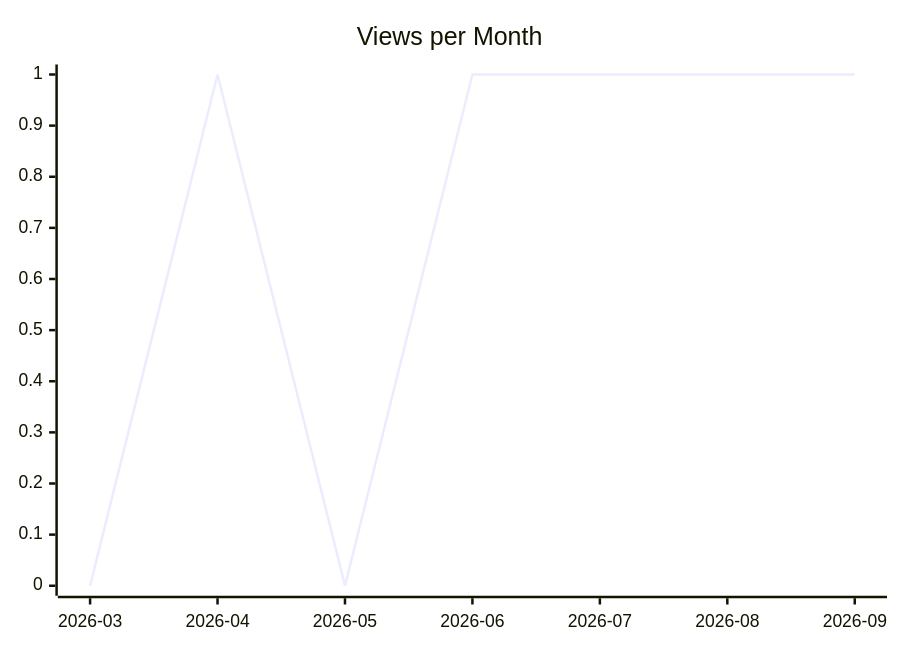
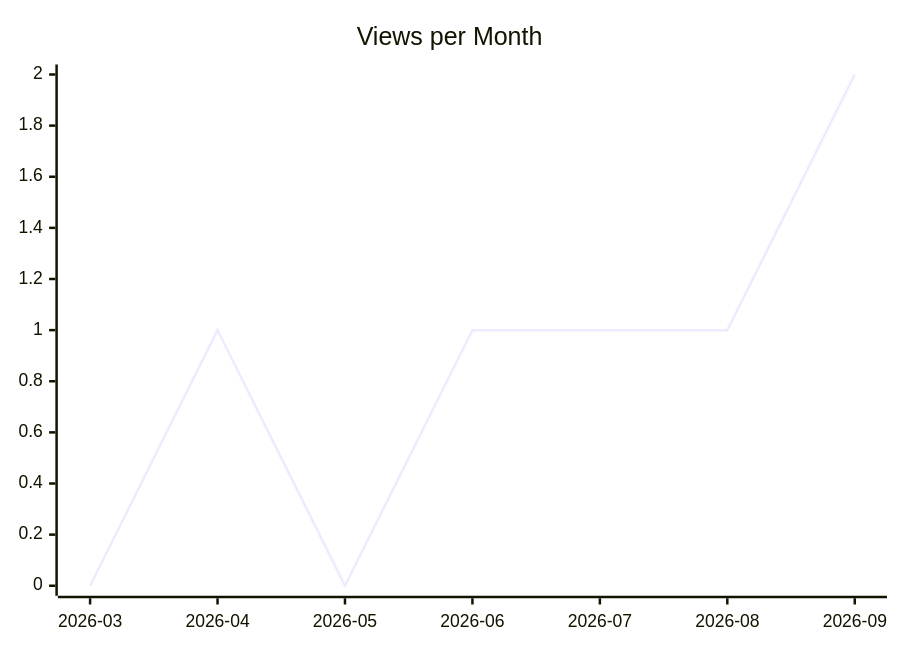
The second of 3 diagrams in karlmdavis/ansible-role-rcm-dotfiles/README.md (justdavis-family/github-analytics-data), drawn with Mermaid before and after one commit. The commit also changed other lines of this file and 188 other files, not shown here.

````diff
--- a/karlmdavis/ansible-role-rcm-dotfiles/README.md
+++ b/karlmdavis/ansible-role-rcm-dotfiles/README.md
@@ -12,6 +12,6 @@
 ```mermaid
 xychart-beta
   title "Views per Month"
   x-axis ["2026-03", "2026-04", "2026-05", "2026-06", "2026-07", "2026-08", "2026-09"]
-  line [0, 1, 0, 1, 1, 1, 1]
+  line [0, 1, 0, 1, 1, 1, 2]
 ```
````
